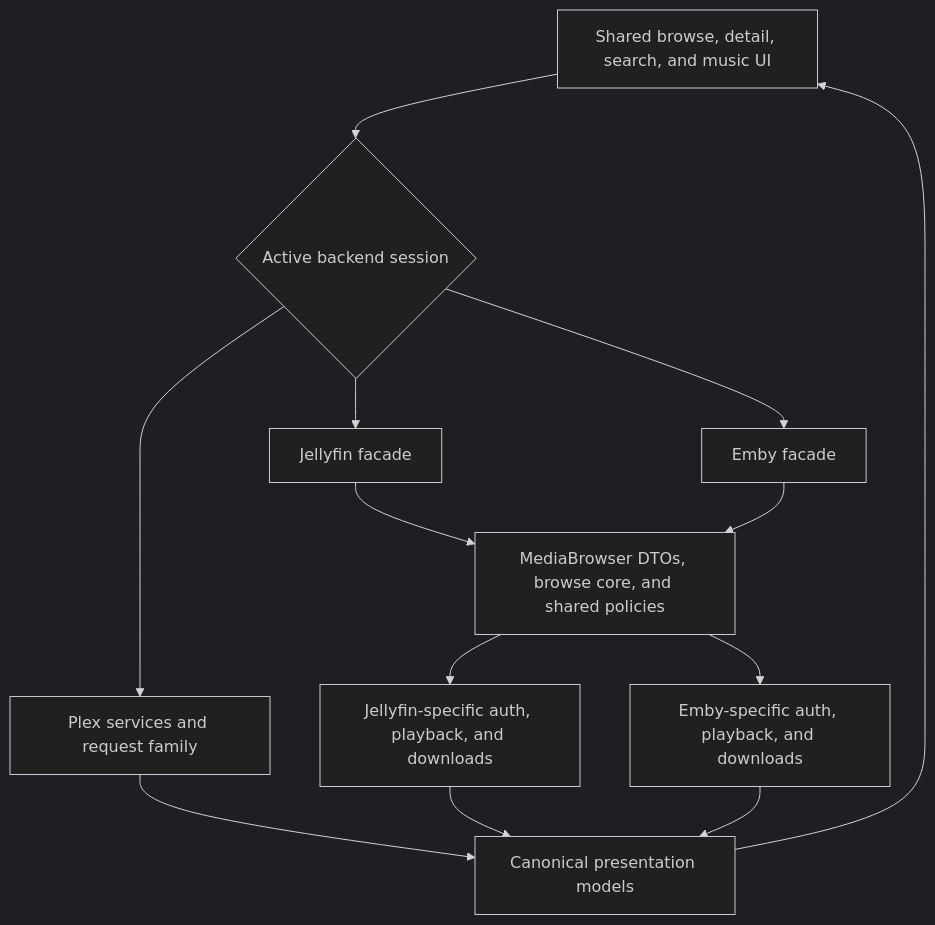
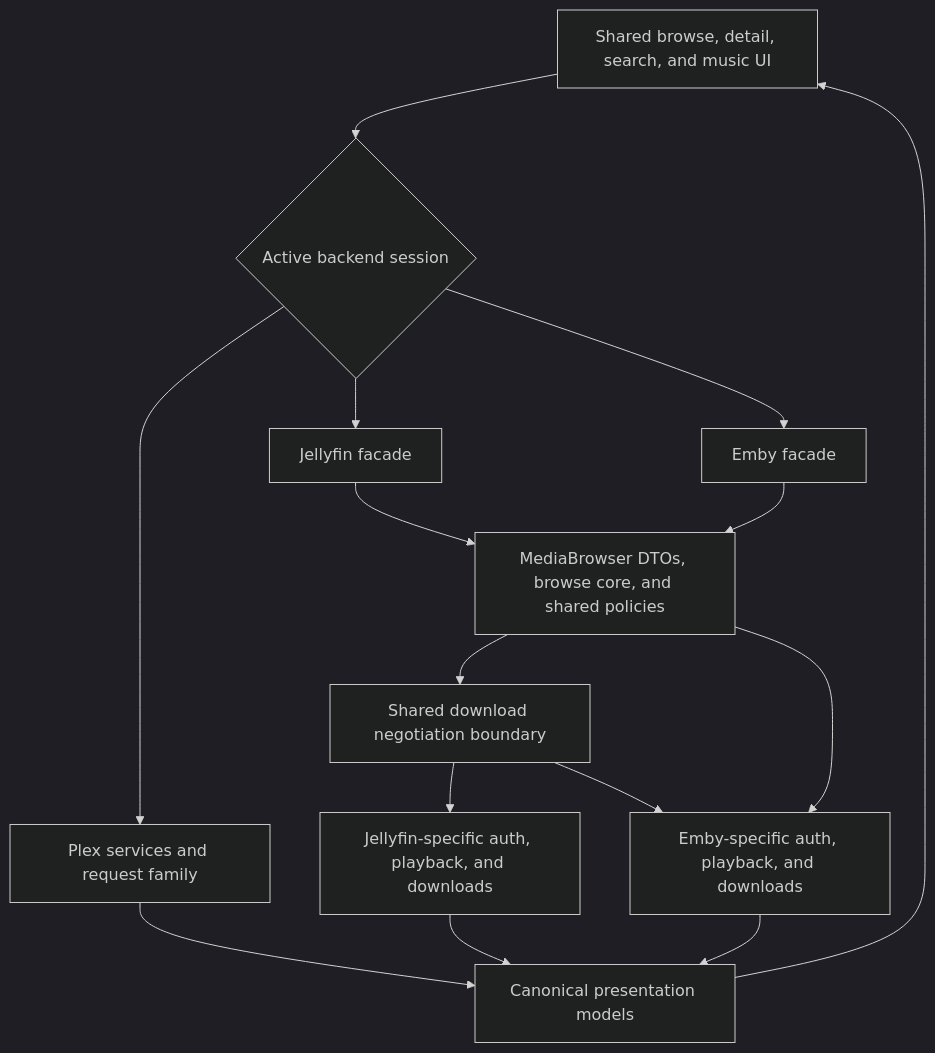
One commit to jlipworth/Labstream changed the diagram in docs/BACKENDS.md. Above: the diagram before and after it, drawn with Mermaid (dark theme). The commit also changed other lines of this file and 464 other files, not shown here.

````diff
--- a/docs/BACKENDS.md
+++ b/docs/BACKENDS.md
@@ -7,17 +7,19 @@
 ```mermaid
 flowchart TD
   accTitle: Plex and MediaBrowser backend boundaries
-  accDescr: Shared app screens select either the separate Plex request family or thin Jellyfin and Emby facades. Jellyfin and Emby reuse a bounded MediaBrowser model and browse core, but retain separate authentication, playback, cleanup, and download wire behavior.
+  accDescr: Shared app screens select the Plex request family or Jellyfin and Emby facades. MediaBrowser models, browse core and download negotiation are shared, while authentication, download profiles, routes and cleanup wire behavior remain backend-specific.
   UI[Shared browse, detail, search, and music UI] --> Select{Active backend session}
   Select --> Plex[Plex services and request family]
   Select --> JF[Jellyfin facade]
   Select --> Emby[Emby facade]
   JF --> Shared[MediaBrowser DTOs, browse core, and shared policies]
   Emby --> Shared
-  Shared --> JFWire[Jellyfin-specific auth, playback, and downloads]
+  Shared --> Negotiate[Shared download negotiation boundary]
+  Negotiate --> JFWire[Jellyfin-specific auth, playback, and downloads]
   Shared --> EmbyWire[Emby-specific auth, playback, and downloads]
+  Negotiate --> EmbyWire
   Plex --> Canonical[Canonical presentation models]
   JFWire --> Canonical
   EmbyWire --> Canonical
   Canonical --> UI
 ```
````
